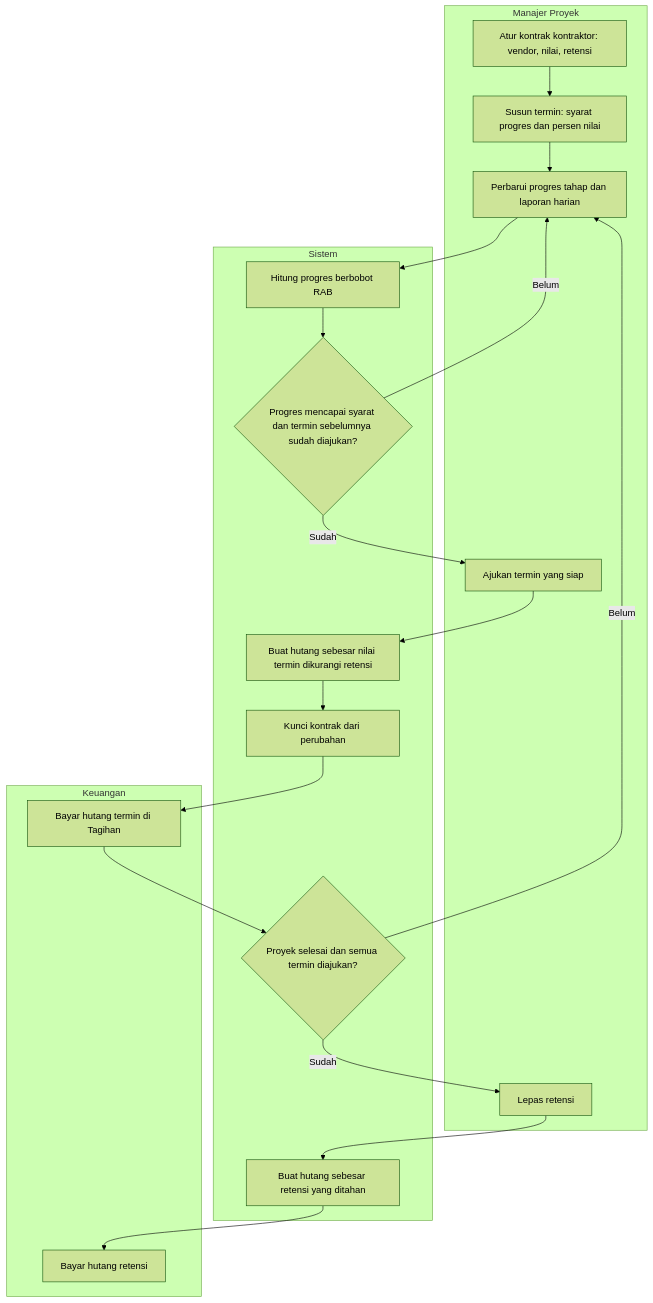
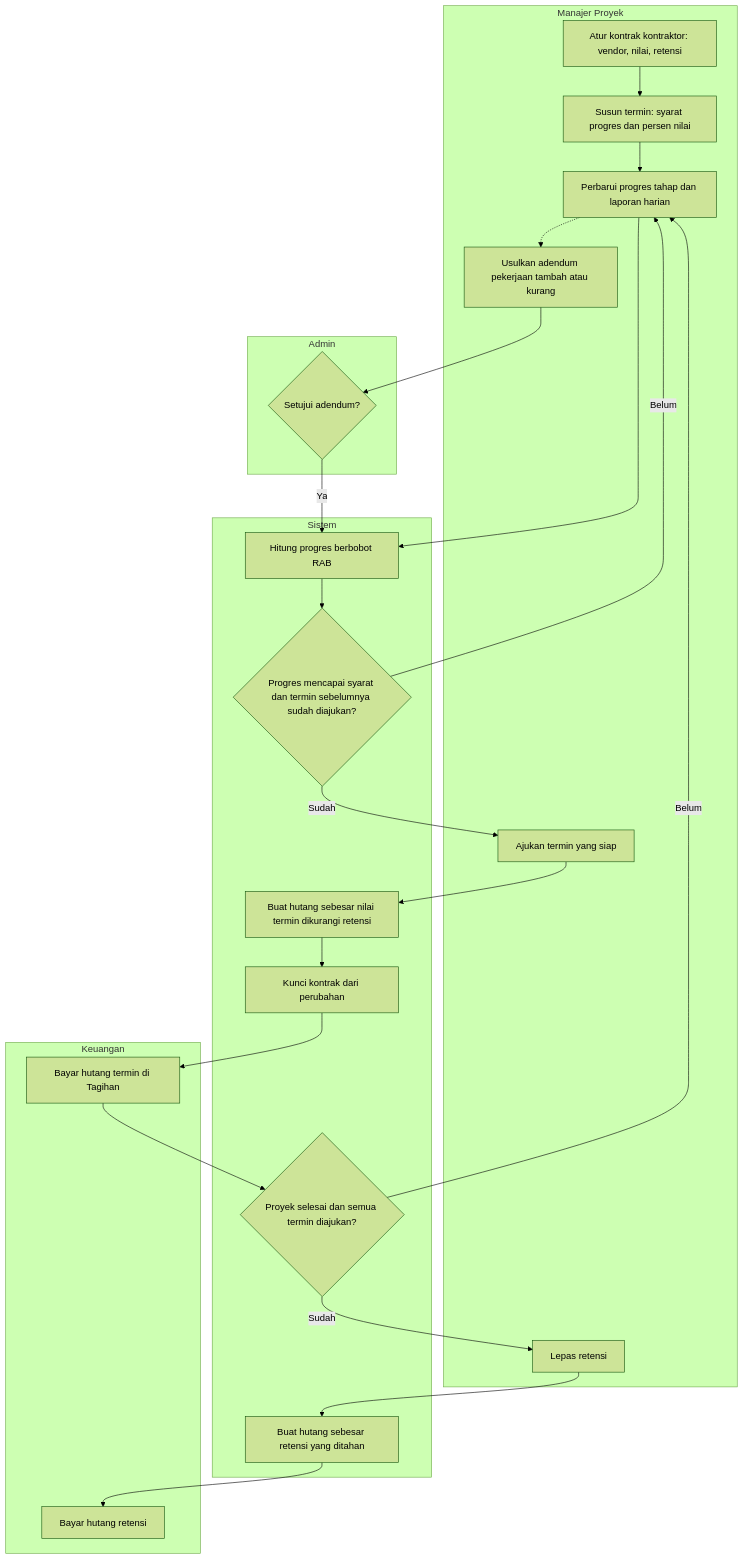
Diagram 11 of 12 in docs/desain/state-activity.md (jojondrw/BanguninAjaApp), drawn with Mermaid (forest theme) before and after one commit. The commit also changed other lines of this file and 7 other files, not shown here.

````diff
--- a/docs/desain/state-activity.md
+++ b/docs/desain/state-activity.md
@@ -240,29 +256,35 @@
 ```mermaid
 flowchart TD
     subgraph pm["Manajer Proyek"]
         m1[Atur kontrak kontraktor: vendor, nilai, retensi]
         m2[Susun termin: syarat progres dan persen nilai]
         m3[Perbarui progres tahap dan laporan harian]
         m4[Ajukan termin yang siap]
+        m6[Usulkan adendum pekerjaan tambah atau kurang]
         m5[Lepas retensi]
     end
     subgraph sys["Sistem"]
         s1[Hitung progres berbobot RAB]
         s2{Progres mencapai syarat dan termin sebelumnya sudah diajukan?}
         s3[Buat hutang sebesar nilai termin dikurangi retensi]
         s4[Kunci kontrak dari perubahan]
         s5{Proyek selesai dan semua termin diajukan?}
         s6[Buat hutang sebesar retensi yang ditahan]
+    end
+    subgraph adm["Admin"]
+        a1{Setujui adendum?}
     end
     subgraph keu["Keuangan"]
         k1[Bayar hutang termin di Tagihan]
         k2[Bayar hutang retensi]
     end
 
     m1 --> m2 --> m3 --> s1 --> s2
     s2 -- Belum --> m3
     s2 -- Sudah --> m4 --> s3 --> s4 --> k1
     k1 --> s5
     s5 -- Belum --> m3
     s5 -- Sudah --> m5 --> s6 --> k2
+    m3 -.-> m6 --> a1
+    a1 -- Ya --> s1
 ```
````
